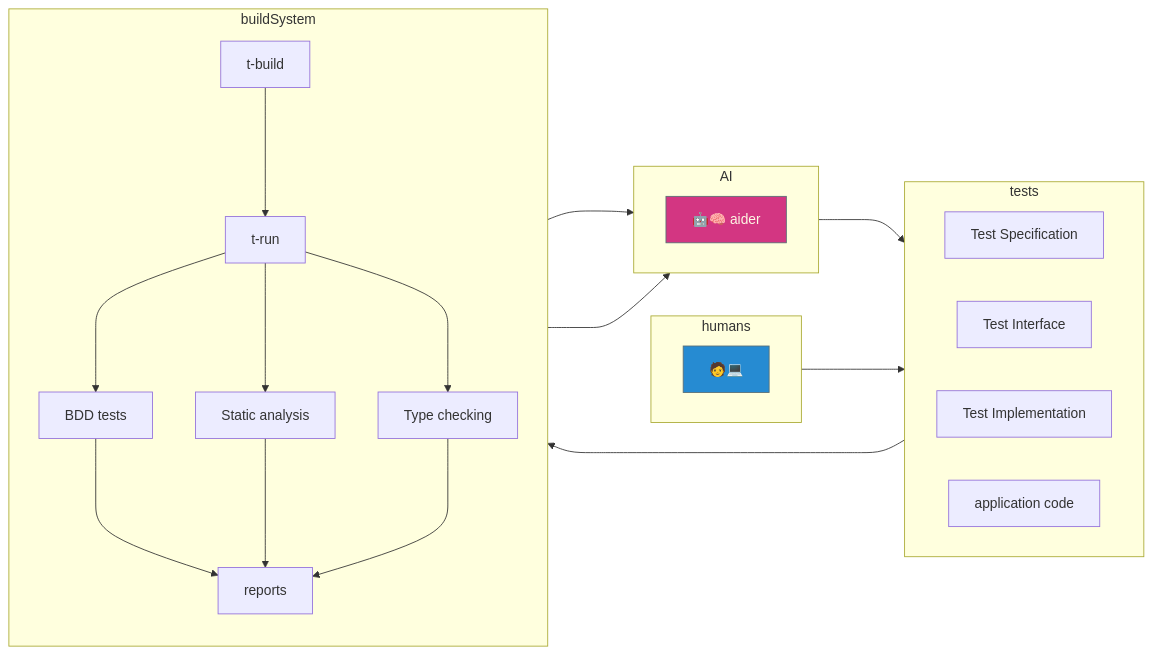
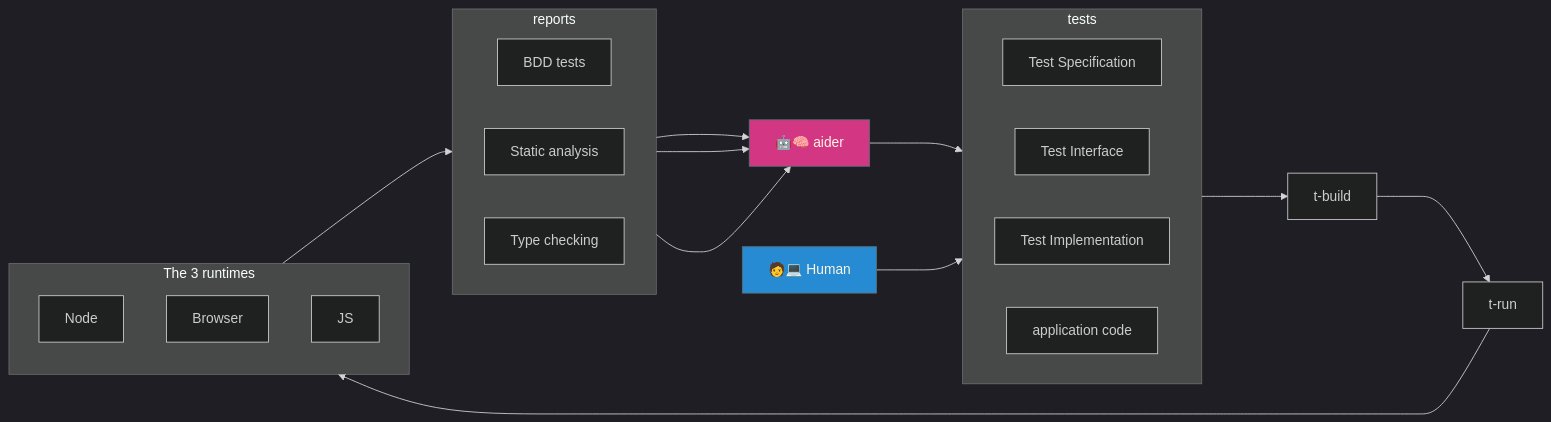
Before and after one commit to adamwong246/testeranto: the diagram in README.md, drawn with Mermaid. The commit also changed other lines of this file and 11 other files, not shown here.

````diff
--- a/README.md
+++ b/README.md
@@ -78,57 +74,48 @@
 ```mermaid
-
+%%{init: {'theme': 'dark'}}%%
 flowchart LR
-
-    subgraph hh["humans"]
-        direction LR
-        Human[🧑💻 ]
-    end
-
-    subgraph bb["AI"]
-        direction LR
-        Bot[🤖🧠 aider]
-    end
-
+    Human[🧑💻 Human]
+    aider[🤖🧠 aider]
 
     tests ---> L
     subgraph tests
         direction LR
         A[Test Specification]
         B[Test Interface]
         C[Test Implementation]
         K[application code]
     end
 
-    subgraph buildSystem
-        direction TB
-        L["t-build"]
-        M[t-run]
-        L ---> M
-
-        M ---> N
-        M --->O
-        M --->P
+    subgraph reports
+        direction LR
         N["BDD tests"]
         O["Static analysis"]
         P["Type checking"]
-
-        Q["reports"]
-        N ---> Q
-        O ---> Q
-        P ---> Q
     end
 
-    Q ---> bb
+    L["t-build"]
+        TRUN[t-run]
+        L ---> TRUN
+        TRUN ---> Runtimes
+        N ---> aider
+        O ---> aider
+        P ---> aider
 
-    buildSystem ---> bb
-    bb ---> tests
-    hh ---> tests
+    subgraph Runtimes["The 3 runtimes"]
+        Node[Node]
+        Web[Browser]
+        Pure[JS]
+    end
+
+    aider ---> tests
+    Human ---> tests
+    Runtimes --> reports
 
     %% Styling
     style Human fill:#268bd2,stroke:#586e75,color:#fdf6e3
-    style Bot fill:#d33682,stroke:#586e75,color:#fdf6e3
+    style aider fill:#d33682,stroke:#586e75,color:#fdf6e3
 
     %% Layout tweaks
     classDef column margin-right:20px
 
 ```
````
